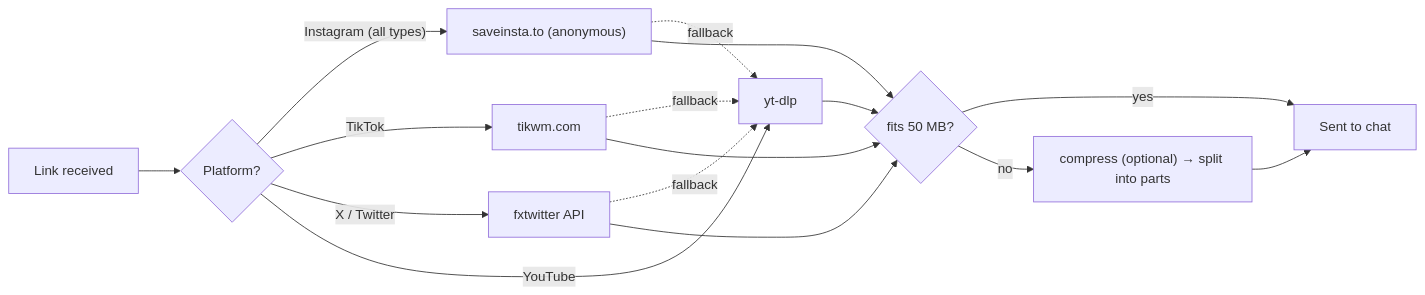
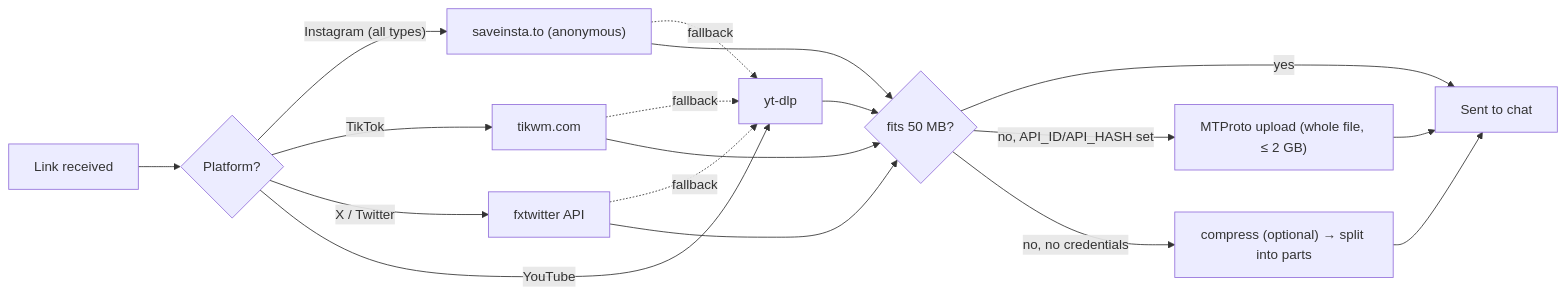
One commit to m0hx65/LinkToClip changed the diagram in README.md. Above: the diagram before and after it, drawn with Mermaid. The commit also changed other lines of this file and 6 other files, not shown here.

First line of the commit message:
Send large videos whole via MTProto instead of splitting

````diff
--- a/README.md
+++ b/README.md
@@ -36,14 +36,15 @@
 ```mermaid
 flowchart LR
     A[Link received] --> B{Platform?}
     B -- "Instagram (all types)" --> S["saveinsta.to (anonymous)"]
     B -- "TikTok" --> TK[tikwm.com]
     B -- "X / Twitter" --> FX[fxtwitter API]
     B -- "YouTube" --> Y[yt-dlp]
     S -. fallback .-> Y
     TK -. fallback .-> Y
     FX -. fallback .-> Y
     S & TK & FX & Y --> SZ{"fits 50 MB?"}
     SZ -- "yes" --> OK[Sent to chat]
-    SZ -- "no" --> CP["compress (optional) → split into parts"] --> OK
+    SZ -- "no, API_ID/API_HASH set" --> MT["MTProto upload (whole file, ≤ 2 GB)"] --> OK
+    SZ -- "no, no credentials" --> CP["compress (optional) → split into parts"] --> OK
 ```
````
